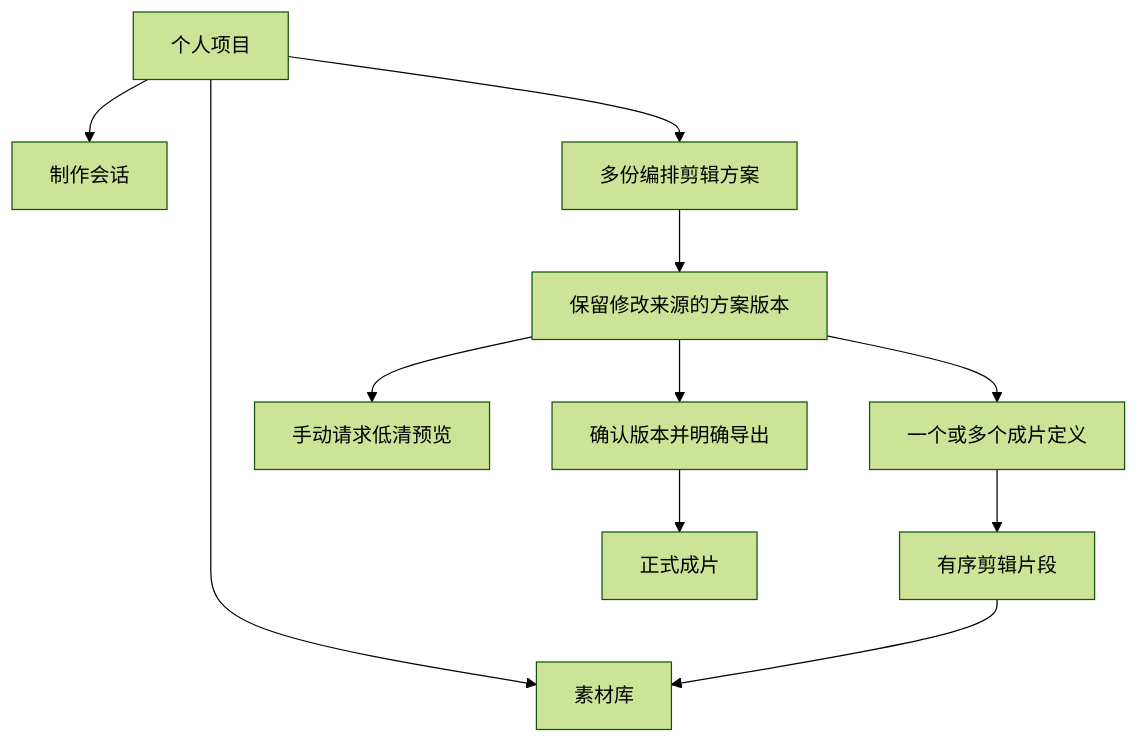
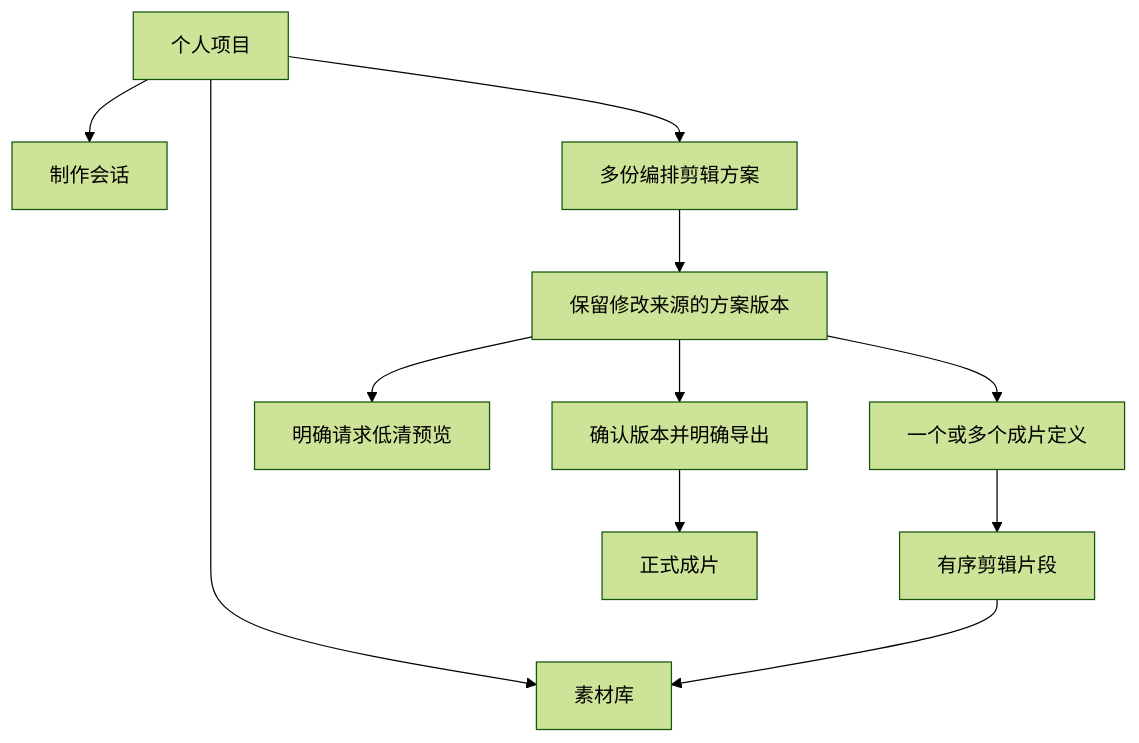
One commit to Hou1464851806/AgenticVideoProject changed the first of 3 diagrams in docs/architecture.md. Above: the diagram before and after it, drawn with Mermaid (forest theme). The commit also changed other lines of this file and 14 other files, not shown here.

Commit message:
docs: 用对话流程统一所有功能（意图识别）

````diff
--- a/docs/architecture.md
+++ b/docs/architecture.md
@@ -18,13 +26,13 @@
 ```mermaid
 flowchart TD
     P[个人项目] --> A[素材库]
     P --> S[制作会话]
     P --> E[多份编排剪辑方案]
     E --> R[保留修改来源的方案版本]
     R --> O[一个或多个成片定义]
     O --> C[有序剪辑片段]
     C --> A
-    R --> V[手动请求低清预览]
+    R --> V[明确请求低清预览]
     R --> F[确认版本并明确导出]
     F --> M[正式成片]
 ```
````
